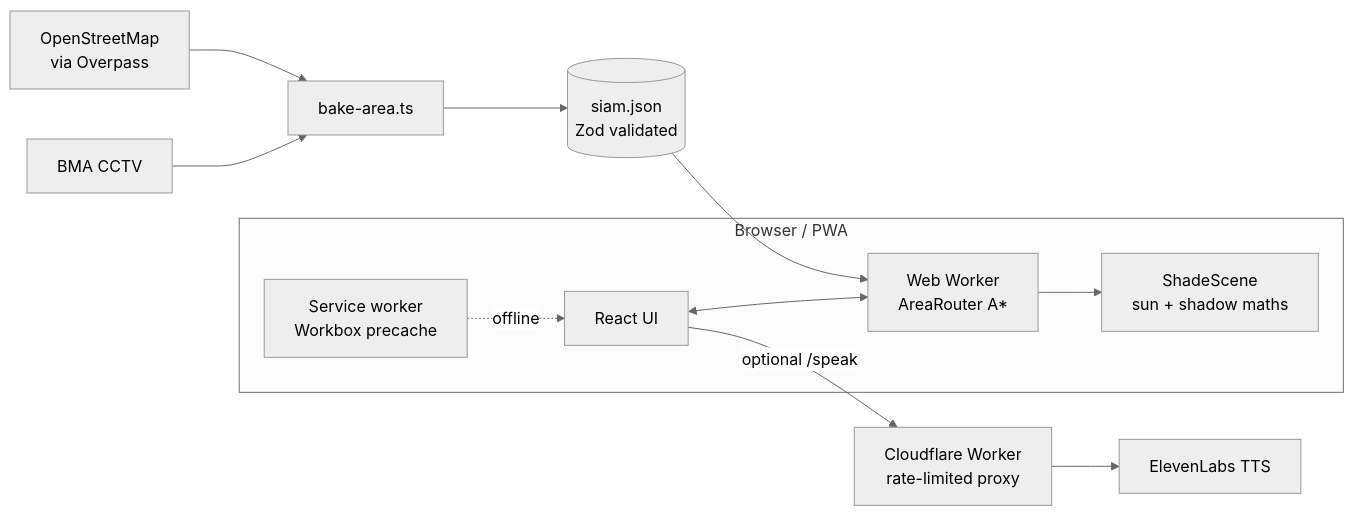
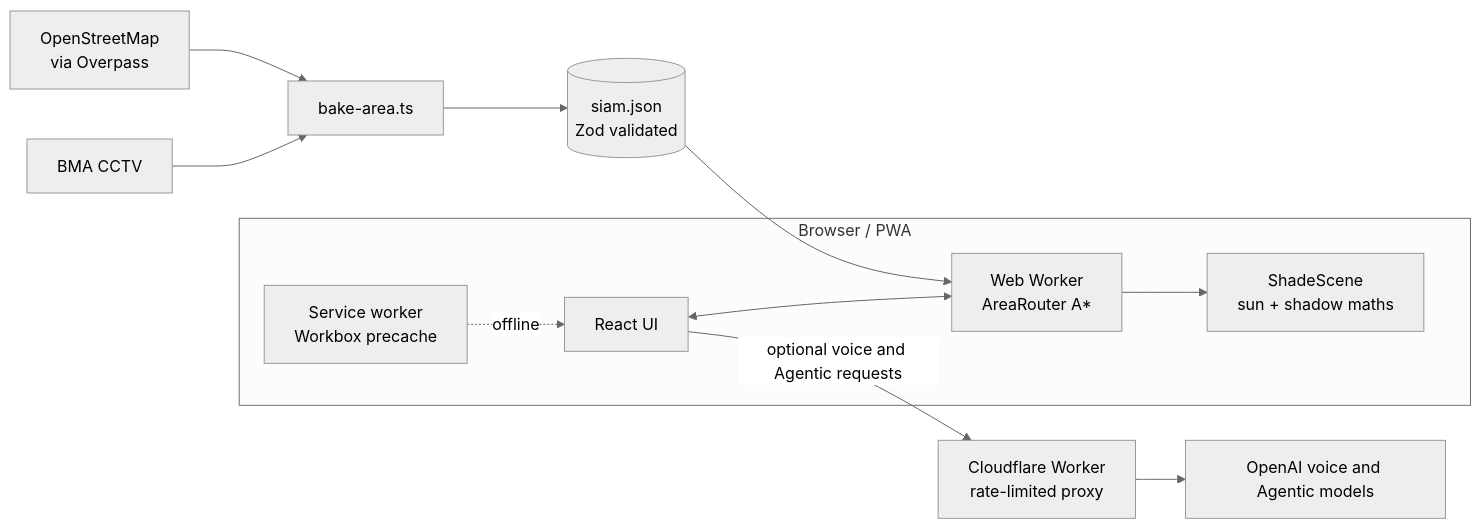
One commit to Pug-03/Open-AI- changed the diagram in README.md. Above: the diagram before and after it, drawn with Mermaid (neutral theme). The commit also changed other lines of this file and 39 other files, not shown here.

Commit message:
Use OpenAI voice and connect Web2 segment research

````diff
--- a/README.md
+++ b/README.md
@@ -39,16 +39,16 @@
 ```mermaid
 flowchart LR
     OSM[OpenStreetMap<br/>via Overpass] --> BAKE[bake-area.ts]
     BMA[BMA CCTV] --> BAKE
     BAKE --> DATA[(siam.json<br/>Zod validated)]
     DATA --> WORKER
 
     subgraph Phone[Browser / PWA]
       UI[React UI] <--> WORKER[Web Worker<br/>AreaRouter A*]
       WORKER --> SHADE[ShadeScene<br/>sun + shadow maths]
       SW[Service worker<br/>Workbox precache] -.offline.-> UI
     end
 
-    UI -->|optional /speak| PROXY[Cloudflare Worker<br/>rate-limited proxy]
-    PROXY --> EL[ElevenLabs TTS]
+    UI -->|optional voice and Agentic requests| PROXY[Cloudflare Worker<br/>rate-limited proxy]
+    PROXY --> OPENAI[OpenAI voice and Agentic models]
 ```
````
